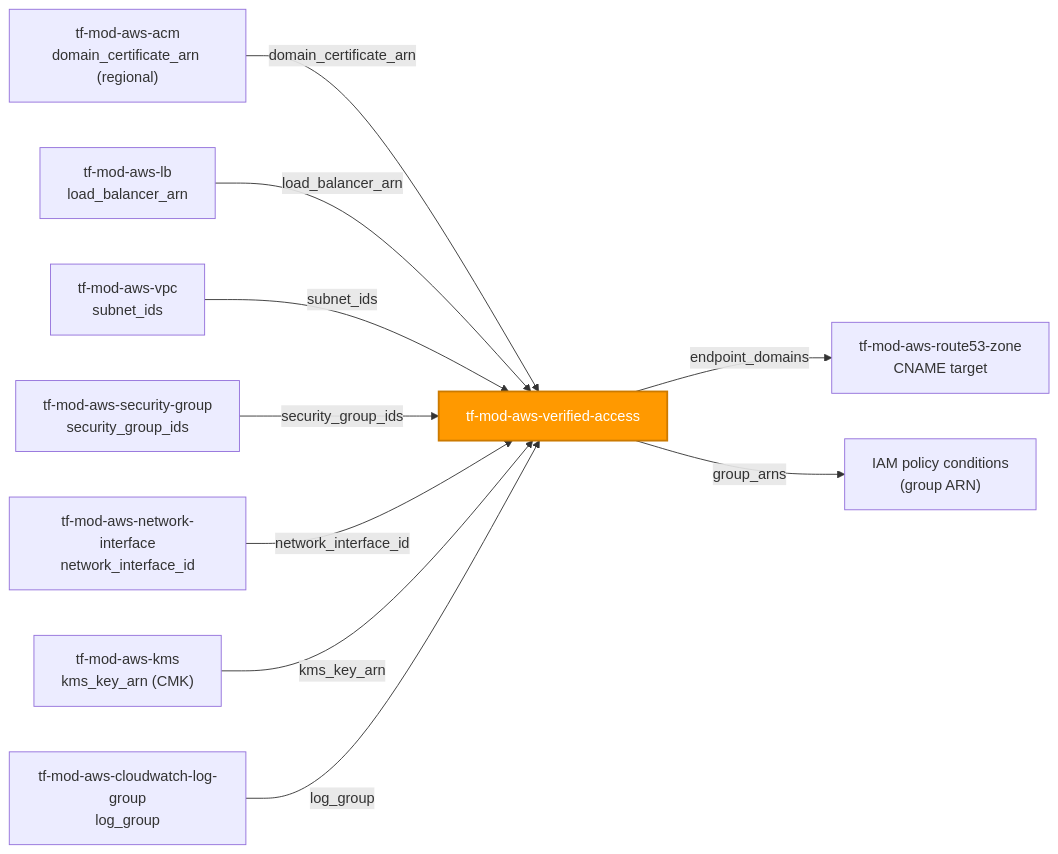
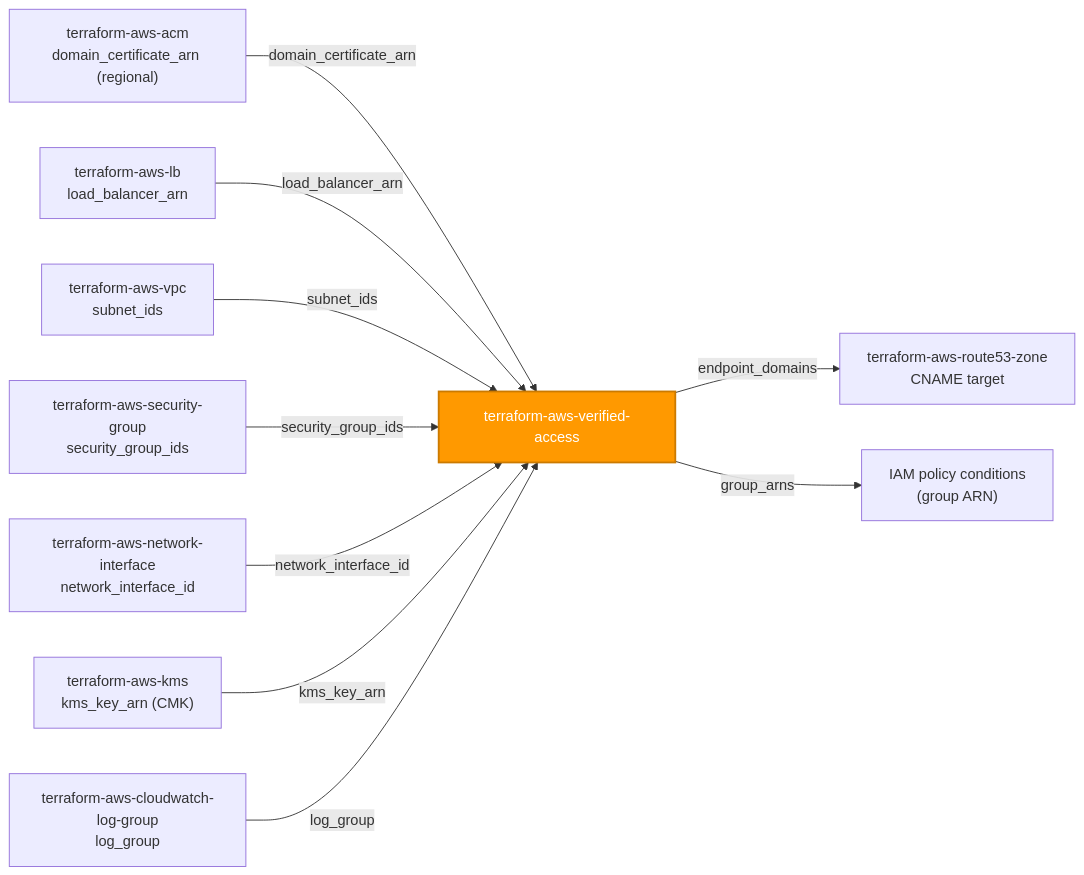
One commit to microsoftexpert/terraform-aws-verified-access changed the first of 2 diagrams in README.md. Above: the diagram before and after it, drawn with Mermaid. The commit also changed other lines of this file and 5 other files, not shown here.

````diff
--- a/README.md
+++ b/README.md
@@ -44,25 +44,25 @@
 ```mermaid
 flowchart LR
- acm["tf-mod-aws-acm<br/>domain_certificate_arn (regional)"]
- lb["tf-mod-aws-lb<br/>load_balancer_arn"]
- vpc["tf-mod-aws-vpc<br/>subnet_ids"]
- sg["tf-mod-aws-security-group<br/>security_group_ids"]
- eni["tf-mod-aws-network-interface<br/>network_interface_id"]
- kms["tf-mod-aws-kms<br/>kms_key_arn (CMK)"]
- cwlg["tf-mod-aws-cloudwatch-log-group<br/>log_group"]
- va["tf-mod-aws-verified-access"]
- r53["tf-mod-aws-route53-zone<br/>CNAME target"]
+ acm["terraform-aws-acm<br/>domain_certificate_arn (regional)"]
+ lb["terraform-aws-lb<br/>load_balancer_arn"]
+ vpc["terraform-aws-vpc<br/>subnet_ids"]
+ sg["terraform-aws-security-group<br/>security_group_ids"]
+ eni["terraform-aws-network-interface<br/>network_interface_id"]
+ kms["terraform-aws-kms<br/>kms_key_arn (CMK)"]
+ cwlg["terraform-aws-cloudwatch-log-group<br/>log_group"]
+ va["terraform-aws-verified-access"]
+ r53["terraform-aws-route53-zone<br/>CNAME target"]
  iam["IAM policy conditions<br/>(group ARN)"]
 
  acm -->|"domain_certificate_arn"| va
  lb -->|"load_balancer_arn"| va
  vpc -->|"subnet_ids"| va
  sg -->|"security_group_ids"| va
  eni -->|"network_interface_id"| va
  kms -->|"kms_key_arn"| va
  cwlg -->|"log_group"| va
  va -->|"endpoint_domains"| r53
  va -->|"group_arns"| iam
 
  style va fill:#FF9900,color:#fff,stroke:#cc7a00,stroke-width:2px
 ```
````
